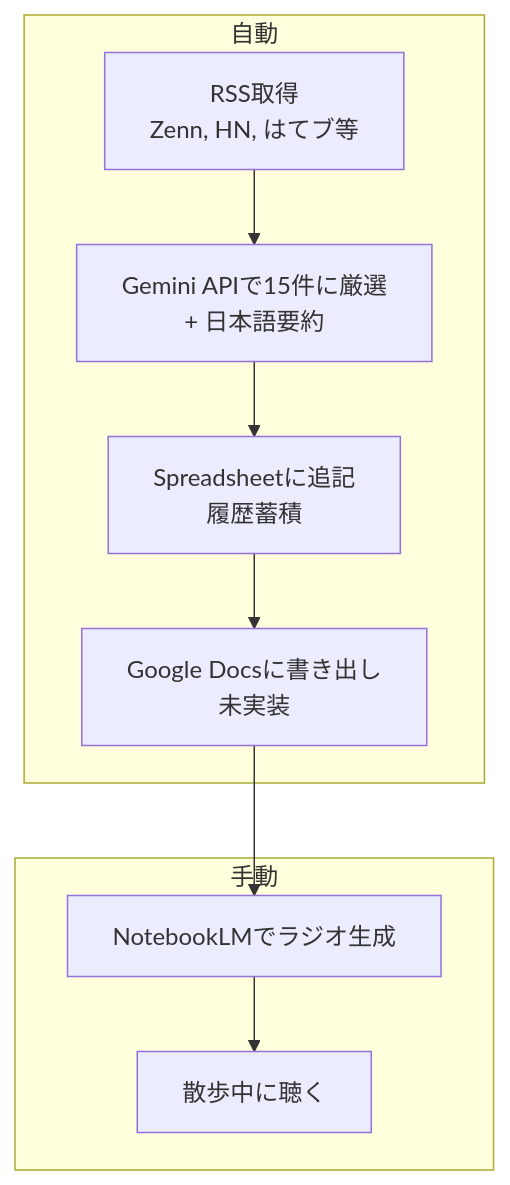
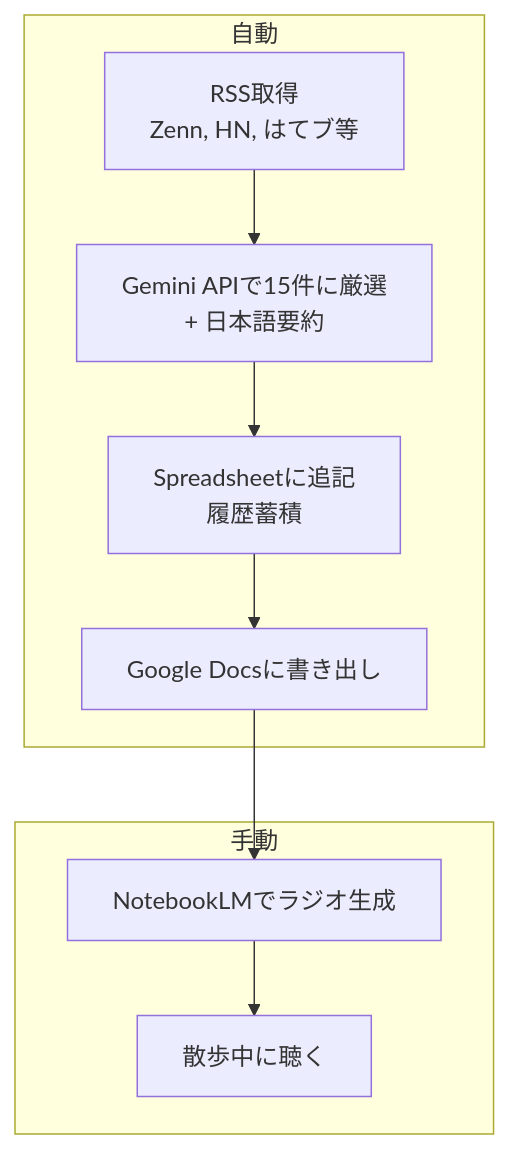
Before and after one commit to snyt45/news-pipeline: the diagram in README.md, drawn with Mermaid. The commit also changed other lines of this file, not shown here.

First line of the commit message:
READMEを更新: Google Docs書き出しの実装反映、Docs準備手順・ローテーション手順を追加

````diff
--- a/README.md
+++ b/README.md
@@ -9,12 +9,12 @@
 ```mermaid
 flowchart TD
     subgraph 自動
         A[RSS取得<br/>Zenn, HN, はてブ等] --> B[Gemini APIで15件に厳選<br/>+ 日本語要約]
         B --> C[Spreadsheetに追記<br/>履歴蓄積]
-        C --> D[Google Docsに書き出し<br/>未実装]
+        C --> D[Google Docsに書き出し]
     end
     subgraph 手動
         E[NotebookLMでラジオ生成] --> F[散歩中に聴く]
     end
     D --> E
 ```
````
